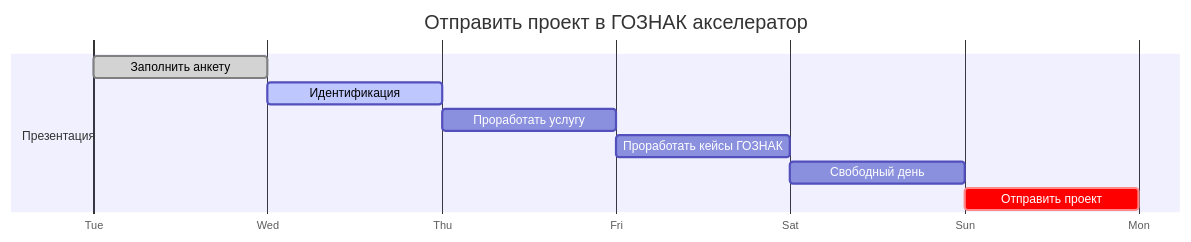
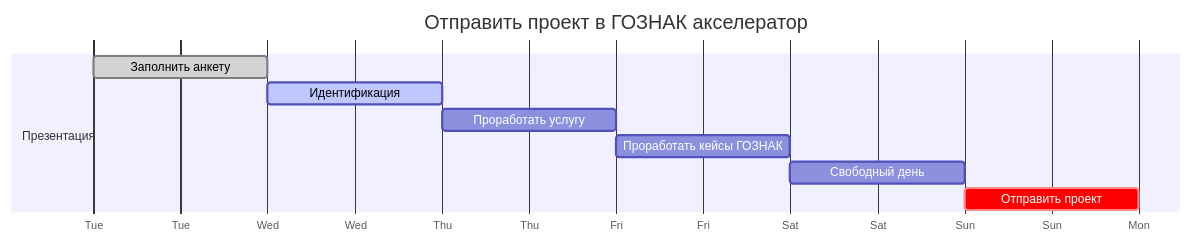
Before and after one commit to ediskandarov/civilization-of-machines: the diagram in docs/project-management.md, drawn with Mermaid.

Commit message:
📝 fix roadmap rendering in github

````diff
--- a/docs/project-management.md
+++ b/docs/project-management.md
@@ -3,15 +3,17 @@
 ```mermaid
 gantt
+    title       Отправить проект в ГОЗНАК акселератор
     dateFormat  YYYY-MM-DD
     axisFormat  %a
-    tickInterval 1day
-    title       Отправить проект в ГОЗНАК акселератор
+
+    %% GitHub raises an error if tick interval is set
+    %% tickInterval 1day
 
     section Презентация
     Заполнить анкету          :done,    des1, 2022-12-20, 1d
     Идентификация             :active,  des2, after des1, 1d
     Проработать услугу        :         des3, after des2, 1d
     Проработать кейсы ГОЗНАК  :         des4, after des3, 1d
     Свободный день            :         des5, after des4, 1d
     Отправить проект          :crit,   milestone      des6, after des5, 1d
 ```
````
